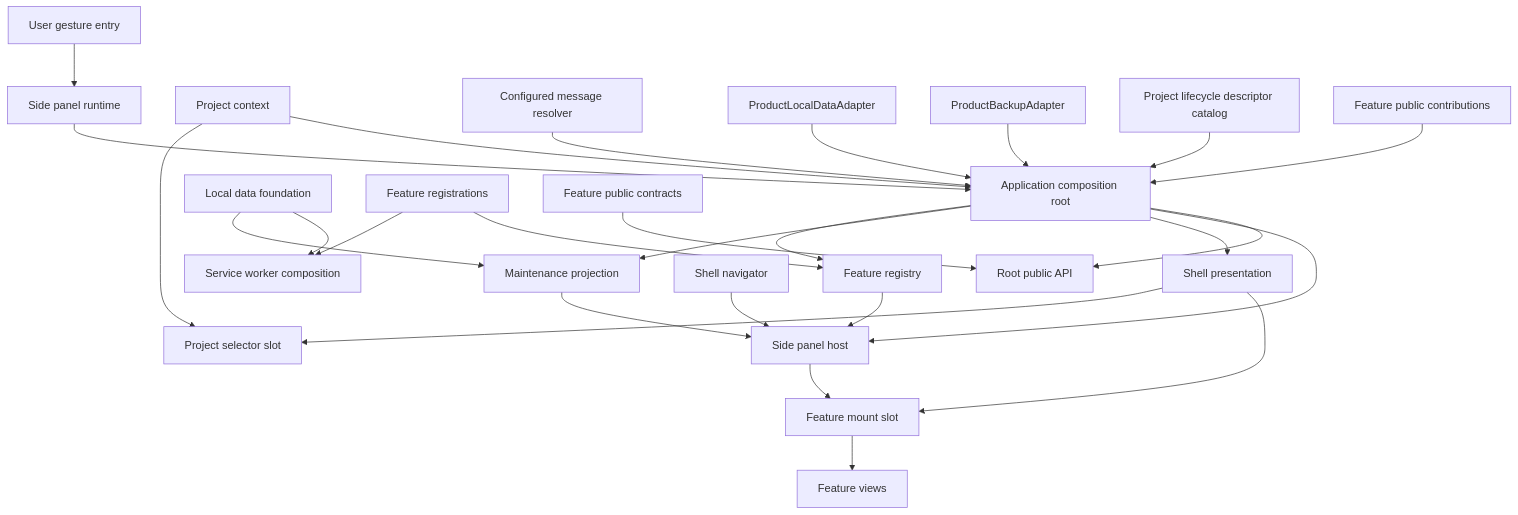
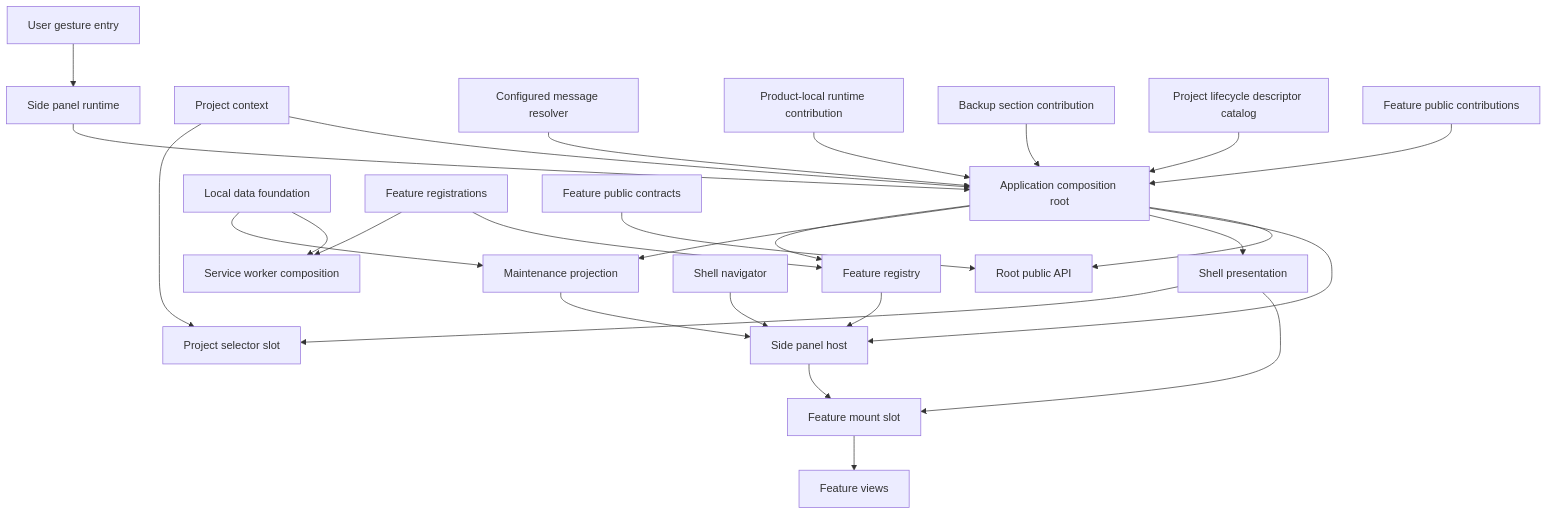
One commit to Huruikagi/pc-build-planner changed the first of 2 diagrams in .kiro/specs/application-shell/design.md. Above: the diagram before and after it, drawn with Mermaid. The commit also changed other lines of this file and 29 other files, not shown here.

Commit message:
feat(local-data-foundation): characterize product runtime

````diff
--- a/.kiro/specs/application-shell/design.md
+++ b/.kiro/specs/application-shell/design.md
@@ -104,29 +105,29 @@
 ```mermaid
 graph TB
     Gesture[User gesture entry] --> Runtime[Side panel runtime]
     Runtime --> Root[Application composition root]
     Root --> Registry[Feature registry]
     Root --> Maintenance[Maintenance projection]
     Root --> Presentation[Shell presentation]
     Presentation --> ProjectSlot[Project selector slot]
     ProjectContext[Project context] --> ProjectSlot
     ProjectContext --> Root
     Presentation --> FeatureSlot[Feature mount slot]
     Root --> Host[Side panel host]
     Navigator[Shell navigator] --> Host
     Host --> FeatureSlot
     Registry --> Host
     Maintenance --> Host
     Foundation[Local data foundation] --> Maintenance
     Foundation --> WorkerRuntime[Service worker composition]
     Features --> WorkerRuntime
     Features[Feature registrations] --> Registry
     FeatureSlot --> FeatureViews[Feature views]
     PublicContracts[Feature public contracts] --> RootApi[Root public API]
     Root --> RootApi
     Messages[Configured message resolver] --> Root
-    ProductData[ProductLocalDataAdapter] --> Root
-    ProductBackup[ProductBackupAdapter] --> Root
+    ProductData[Product-local runtime contribution] --> Root
+    ProductBackup[Backup section contribution] --> Root
     Lifecycle[Project lifecycle descriptor catalog] --> Root
     PublicPorts[Feature public contributions] --> Root
 ```
````
